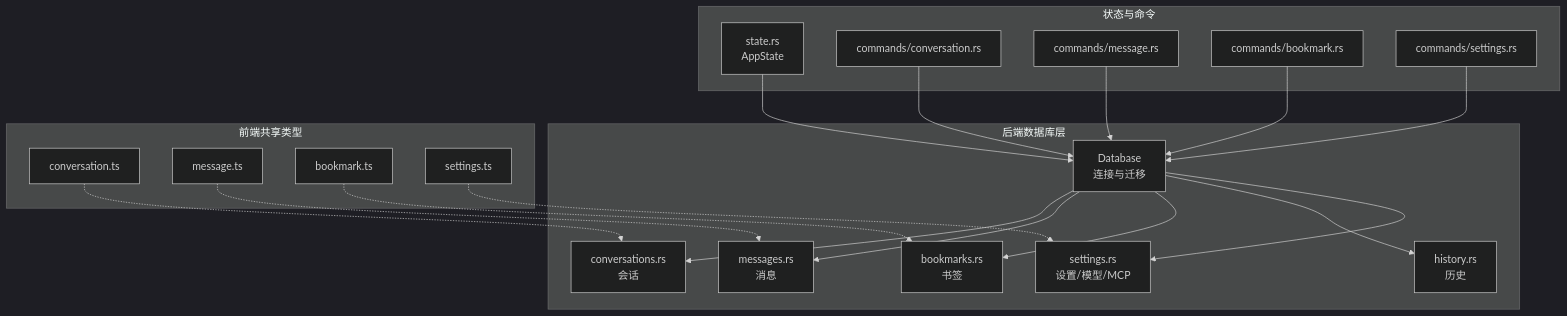
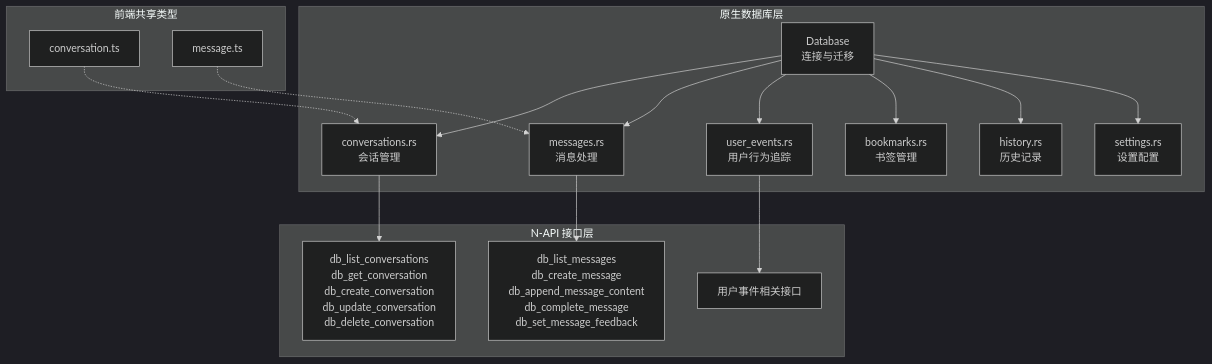
One commit to baike08/cosurf changed the first of 5 diagrams in .qoder/repowiki/zh/content/数据库设计/数据库设计.md. Above: the diagram before and after it, drawn with Mermaid (dark theme). The commit also changed other lines of this file and 23 other files, not shown here.

````diff
--- a/.qoder/repowiki/zh/content/数据库设计/数据库设计.md
+++ b/.qoder/repowiki/zh/content/数据库设计/数据库设计.md
@@ -50,38 +49,32 @@
 ```mermaid
 graph TB
-subgraph "后端数据库层"
+subgraph "原生数据库层"
 DB["Database<br/>连接与迁移"]
-MOD_CONVS["conversations.rs<br/>会话"]
-MOD_MSGS["messages.rs<br/>消息"]
-MOD_BM["bookmarks.rs<br/>书签"]
-MOD_HIS["history.rs<br/>历史"]
-MOD_SET["settings.rs<br/>设置/模型/MCP"]
+MOD_CONVS["conversations.rs<br/>会话管理"]
+MOD_MSGS["messages.rs<br/>消息处理"]
+MOD_USER_EVENTS["user_events.rs<br/>用户行为追踪"]
+MOD_BOOKMARKS["bookmarks.rs<br/>书签管理"]
+MOD_HISTORY["history.rs<br/>历史记录"]
+MOD_SETTINGS["settings.rs<br/>设置配置"]
 end
 subgraph "前端共享类型"
 SH_CONV["conversation.ts"]
 SH_MSG["message.ts"]
-SH_BM["bookmark.ts"]
-SH_SET["settings.ts"]
 end
-subgraph "状态与命令"
-STATE["state.rs<br/>AppState"]
-CMD_CONV["commands/conversation.rs"]
-CMD_MSG["commands/message.rs"]
-CMD_BM["commands/bookmark.rs"]
-CMD_SET["commands/settings.rs"]
+subgraph "N-API 接口层"
+NAPI_CONVS["db_list_conversations<br/>db_get_conversation<br/>db_create_conversation<br/>db_update_conversation<br/>db_delete_conversation"]
+NAPI_MSGS["db_list_messages<br/>db_create_message<br/>db_append_message_content<br/>db_complete_message<br/>db_set_message_feedback"]
+NAPI_EVENTS["用户事件相关接口"]
 end
 DB --> MOD_CONVS
 DB --> MOD_MSGS
-DB --> MOD_BM
-DB --> MOD_HIS
-DB --> MOD_SET
-STATE --> DB
-CMD_CONV --> DB
-CMD_MSG --> DB
-CMD_BM --> DB
-CMD_SET --> DB
+DB --> MOD_USER_EVENTS
+DB --> MOD_BOOKMARKS
+DB --> MOD_HISTORY
+DB --> MOD_SETTINGS
+MOD_CONVS --> NAPI_CONVS
+MOD_MSGS --> NAPI_MSGS
+MOD_USER_EVENTS --> NAPI_EVENTS
 SH_CONV -.-> MOD_CONVS
 SH_MSG -.-> MOD_MSGS
-SH_BM -.-> MOD_BM
-SH_SET -.-> MOD_SET
 ```
````
